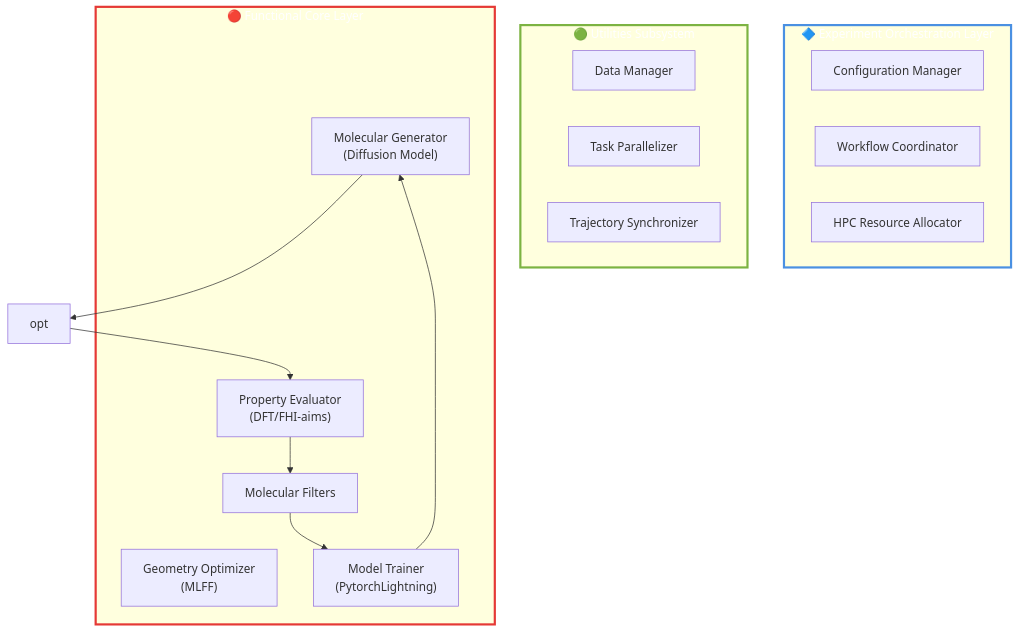
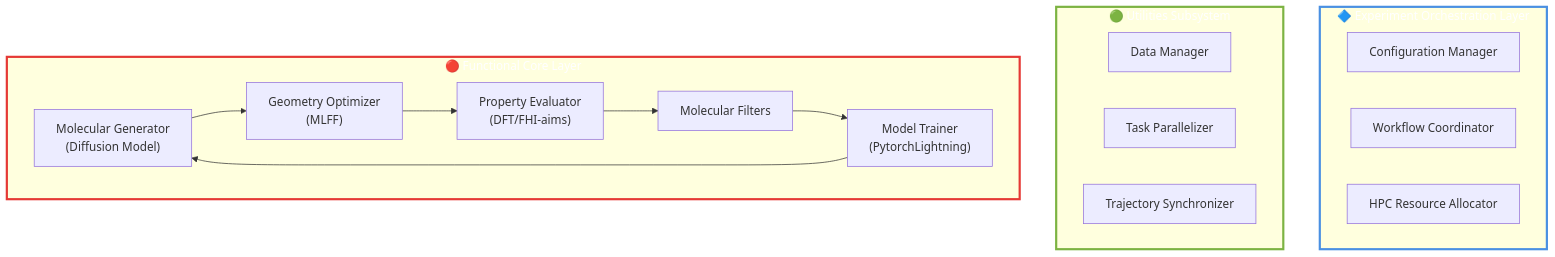
The second of 2 diagrams in README.md (lmedranos/qalpa), drawn with Mermaid before and after one commit. The commit also changed other lines of this file, not shown here.

Commit message:
Update README with new images and minor edits

````diff
--- a/README.md
+++ b/README.md
@@ -101,32 +102,32 @@
 ```mermaid
 graph TB
     subgraph orchestration["🔷 Experiment Orchestration Layer"]
         config["Configuration Manager"]
         workflow["Workflow Coordinator"]
         hpc["HPC Resource Allocator"]
     end
     
     subgraph utilities["🟢 Utilities Subsystem"]
         data["Data Manager"]
         parallel["Task Parallelizer"]
         sync["Trajectory Synchronizer"]
     end
     
     subgraph functional["🔴 Functional Core Layer"]
         gen["Molecular Generator<br/>(Diffusion Model)"]
         eval["Property Evaluator<br/>(DFT/FHI-aims)"]
-        Opt["Geometry Optimizer<br/>(MLFF)"]
+        opt["Geometry Optimizer<br/>(MLFF)"]
         select["Molecular Filters"]
         train["Model Trainer<br/>(PytorchLightning)"]
     end
     
     gen --> opt
     opt --> eval
     eval --> select
     select --> train
     train --> gen
     
     style orchestration stroke:#4A90E2,stroke-width:3px,color:#fff
     style utilities stroke:#7CB342,stroke-width: 3px,color:#fff
     style functional stroke:#E53935,stroke-width:3px,color:#fff
 ```
````
